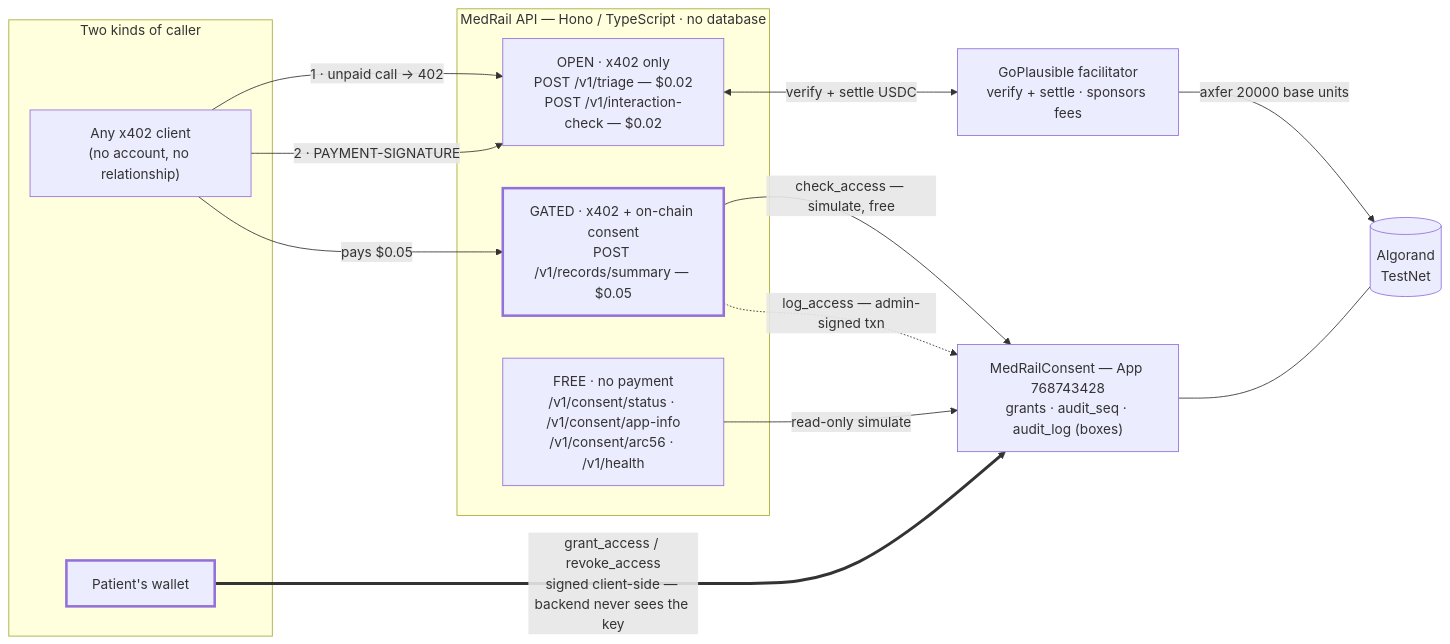
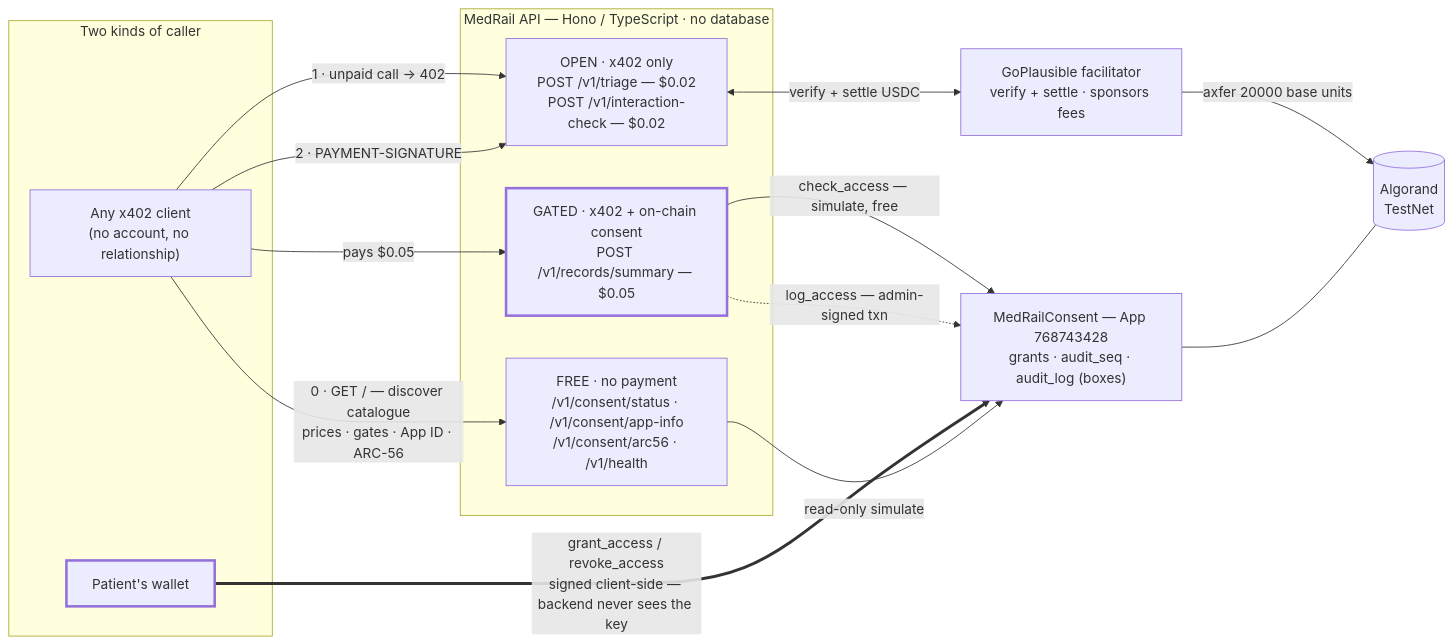
Before and after one commit to Hydra-Of-Malice/Medrail: the diagram in docs/11_Hackathon/Pitch_Architecture.md, drawn with Mermaid. The commit also changed other lines of this file and 55 other files, not shown here.

````diff
--- a/docs/11_Hackathon/Pitch_Architecture.md
+++ b/docs/11_Hackathon/Pitch_Architecture.md
@@ -29,32 +33,33 @@
 ```mermaid
 flowchart LR
     subgraph Callers["Two kinds of caller"]
         Agent["Any x402 client<br/>(no account, no relationship)"]
         Patient["Patient's wallet"]
     end
 
     subgraph API["MedRail API — Hono / TypeScript · no database"]
         Open["OPEN · x402 only<br/>POST /v1/triage — $0.02<br/>POST /v1/interaction-check — $0.02"]
         Gated["GATED · x402 + on-chain consent<br/>POST /v1/records/summary — $0.05"]
         Free["FREE · no payment<br/>/v1/consent/status · /v1/consent/app-info<br/>/v1/consent/arc56 · /v1/health"]
     end
 
     Facil["GoPlausible facilitator<br/>verify + settle · sponsors fees"]
     Consent["MedRailConsent — App 768743428<br/>grants · audit_seq · audit_log (boxes)"]
 
+    Agent -->|"0 · GET / — discover catalogue<br/>prices · gates · App ID · ARC-56"| Free
     Agent -->|"1 · unpaid call → 402"| Open
     Agent -->|"2 · PAYMENT-SIGNATURE"| Open
     Open <-->|"verify + settle USDC"| Facil
     Facil -->|"axfer 20000 base units"| Algorand[("Algorand<br/>TestNet")]
 
     Agent -->|"pays $0.05"| Gated
     Gated -->|"check_access — simulate, free"| Consent
     Gated -.->|"log_access — admin-signed txn"| Consent
 
     Patient ==>|"grant_access / revoke_access<br/>signed client-side — backend never sees the key"| Consent
     Free -->|"read-only simulate"| Consent
     Consent --- Algorand
 
     style Gated stroke-width:3px
     style Patient stroke-width:3px
 ```
````
